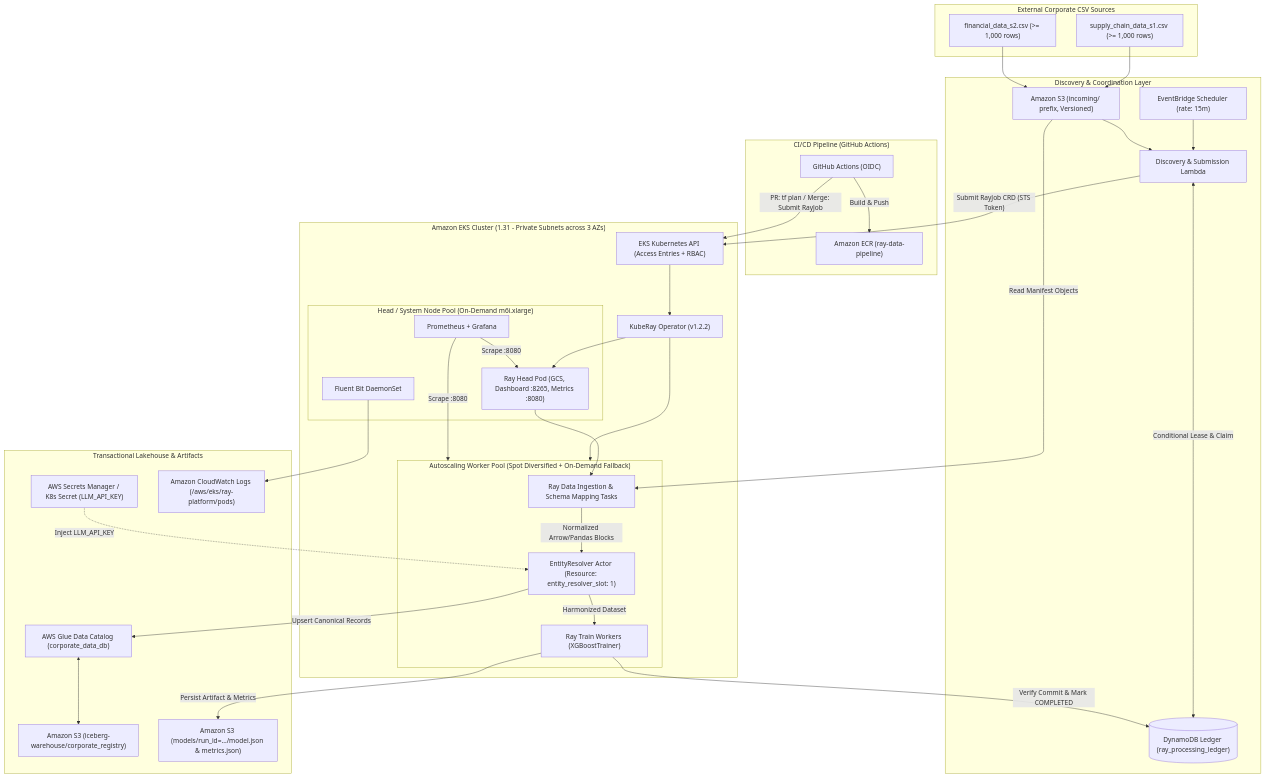
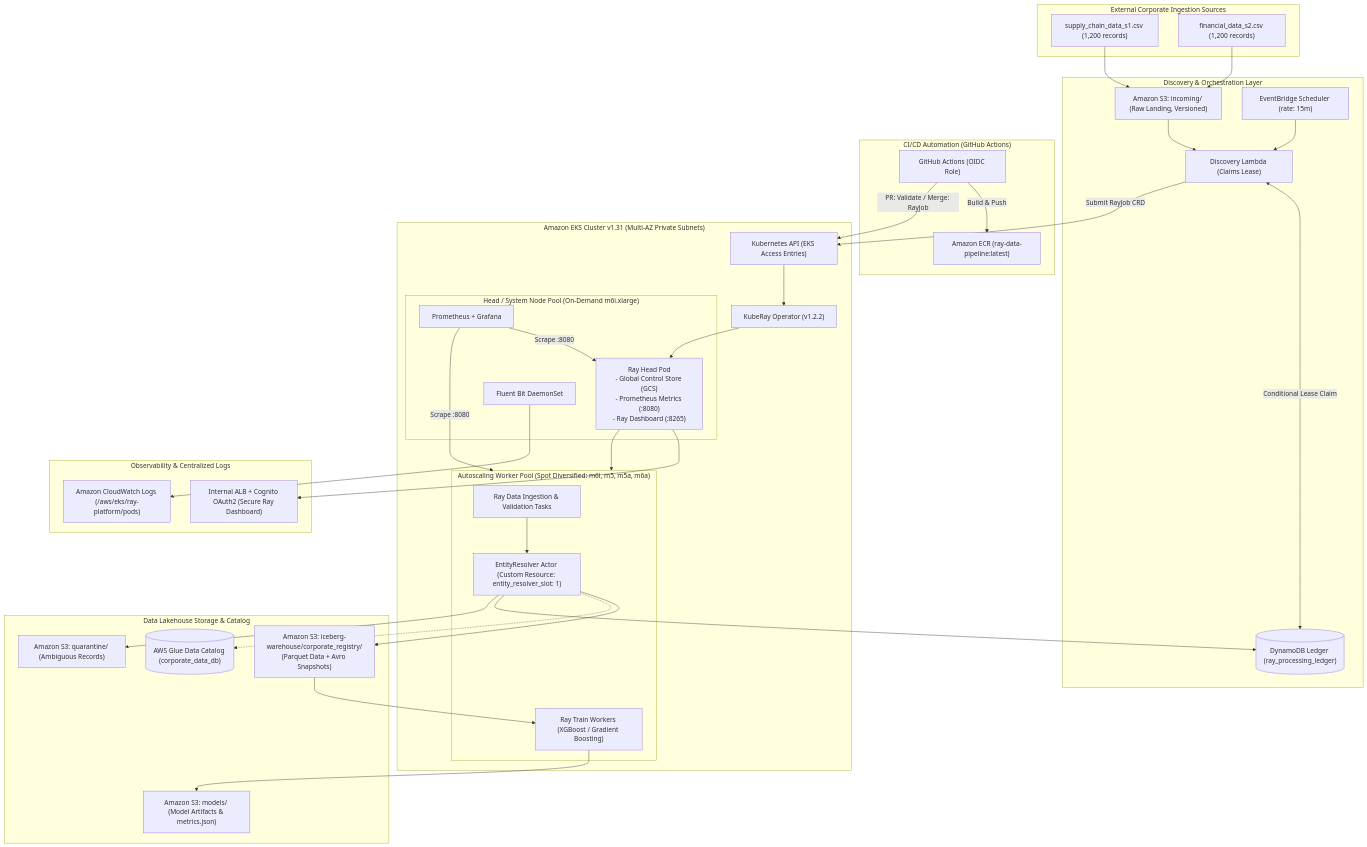
Before and after one commit to jashkv/ray-platform: the first of 3 diagrams in docs/architature.md, drawn with Mermaid. The commit also changed other lines of this file and 3 other files, not shown here.

First line of the commit message:
docs: merge docs/architature.md and ray-ai-platform/ARCHITECTURE.md into docs/architecture.md

````diff
--- a/docs/architature.md
+++ b/docs/architature.md
@@ -42,68 +49,71 @@
 ```mermaid
 flowchart TD
-    subgraph Sources["External Corporate CSV Sources"]
-        S1["supply_chain_data_s1.csv (>= 1,000 rows)"]
-        S2["financial_data_s2.csv (>= 1,000 rows)"]
+    subgraph Sources["External Corporate Ingestion Sources"]
+        S1["supply_chain_data_s1.csv (1,200 records)"]
+        S2["financial_data_s2.csv (1,200 records)"]
     end
 
-    subgraph Orchestration["Discovery & Coordination Layer"]
-        S3_IN["Amazon S3 (incoming/ prefix, Versioned)"]
+    subgraph Orchestration["Discovery & Orchestration Layer"]
+        S3_IN["Amazon S3: incoming/ (Raw Landing, Versioned)"]
         EB["EventBridge Scheduler (rate: 15m)"]
-        LAMBDA["Discovery & Submission Lambda"]
+        LAMBDA["Discovery Lambda (Claims Lease)"]
         DDB[("DynamoDB Ledger (ray_processing_ledger)")]
     end
 
-    subgraph CICD["CI/CD Pipeline (GitHub Actions)"]
-        GHA["GitHub Actions (OIDC)"]
-        ECR["Amazon ECR (ray-data-pipeline)"]
+    subgraph CICD["CI/CD Automation (GitHub Actions)"]
+        GHA["GitHub Actions (OIDC Role)"]
+        ECR["Amazon ECR (ray-data-pipeline:latest)"]
     end
 
-    subgraph EKS["Amazon EKS Cluster (1.31 - Private Subnets across 3 AZs)"]
-        KAPI["EKS Kubernetes API (Access Entries + RBAC)"]
+    subgraph EKS["Amazon EKS Cluster v1.31 (Multi-AZ Private Subnets)"]
+        KAPI["Kubernetes API (EKS Access Entries)"]
         KUBERAY["KubeRay Operator (v1.2.2)"]
 
         subgraph HeadPool["Head / System Node Pool (On-Demand m6i.xlarge)"]
-            RAYHEAD["Ray Head Pod (GCS, Dashboard :8265, Metrics :8080)"]
+            RAYHEAD["Ray Head Pod\n- Global Control Store (GCS)\n- Prometheus Metrics (:8080)\n- Ray Dashboard (:8265)"]
             PROM["Prometheus + Grafana"]
             FLUENT["Fluent Bit DaemonSet"]
         end
 
-        subgraph WorkerPool["Autoscaling Worker Pool (Spot Diversified + On-Demand Fallback)"]
-            INGEST["Ray Data Ingestion & Schema Mapping Tasks"]
-            RESOLVER["EntityResolver Actor (Resource: entity_resolver_slot: 1)"]
-            TRAIN["Ray Train Workers (XGBoostTrainer)"]
+        subgraph WorkerPool["Autoscaling Worker Pool (Spot Diversified: m6i, m5, m5a, m6a)"]
+            INGEST["Ray Data Ingestion & Validation Tasks"]
+            RESOLVER["EntityResolver Actor (Custom Resource: entity_resolver_slot: 1)"]
+            TRAIN["Ray Train Workers (XGBoost / Gradient Boosting)"]
         end
     end
 
-    subgraph StorageAndCatalog["Transactional Lakehouse & Artifacts"]
-        SECRETS["AWS Secrets Manager / K8s Secret (LLM_API_KEY)"]
-        GLUE["AWS Glue Data Catalog (corporate_data_db)"]
-        S3_ICE["Amazon S3 (iceberg-warehouse/corporate_registry)"]
-        S3_MOD["Amazon S3 (models/run_id=.../model.json & metrics.json)"]
+    subgraph StorageLayer["Data Lakehouse Storage & Catalog"]
+        GLUE[("AWS Glue Data Catalog (corporate_data_db)")]
+        S3_WH["Amazon S3: iceberg-warehouse/corporate_registry/\n(Parquet Data + Avro Snapshots)"]
+        S3_QUAR["Amazon S3: quarantine/ (Ambiguous Records)"]
+        S3_MOD["Amazon S3: models/ (Model Artifacts & metrics.json)"]
+    end
+
+    subgraph Observability["Observability & Centralized Logs"]
         CW["Amazon CloudWatch Logs (/aws/eks/ray-platform/pods)"]
+        ALB["Internal ALB + Cognito OAuth2 (Secure Ray Dashboard)"]
     end
 
     S1 --> S3_IN
     S2 --> S3_IN
     EB --> LAMBDA
     S3_IN --> LAMBDA
-    LAMBDA <-->|"Conditional Lease & Claim"| DDB
-    LAMBDA -->|"Submit RayJob CRD (STS Token)"| KAPI
+    LAMBDA <-->|"Conditional Lease Claim"| DDB
+    LAMBDA -->|"Submit RayJob CRD"| KAPI
     GHA -->|"Build & Push"| ECR
-    GHA -->|"PR: tf plan / Merge: Submit RayJob"| KAPI
+    GHA -->|"PR: Validate / Merge: RayJob"| KAPI
     KAPI --> KUBERAY
     KUBERAY --> RAYHEAD
-    KUBERAY --> WorkerPool
-    RAYHEAD --> INGEST
-    S3_IN -->|"Read Manifest Objects"| INGEST
-    INGEST -->|"Normalized Arrow/Pandas Blocks"| RESOLVER
-    SECRETS -.->|"Inject LLM_API_KEY"| RESOLVER
-    RESOLVER -->|"Upsert Canonical Records"| GLUE
-    GLUE <--> S3_ICE
-    RESOLVER -->|"Harmonized Dataset"| TRAIN
-    TRAIN -->|"Persist Artifact & Metrics"| S3_MOD
-    TRAIN -->|"Verify Commit & Mark COMPLETED"| DDB
+    RAYHEAD --> WorkerPool
+    INGEST --> RESOLVER
+    RESOLVER --> S3_WH
+    RESOLVER -.-> GLUE
+    RESOLVER --> DDB
+    RESOLVER --> S3_QUAR
+    S3_WH --> TRAIN
+    TRAIN --> S3_MOD
     FLUENT --> CW
     PROM -->|"Scrape :8080"| RAYHEAD
     PROM -->|"Scrape :8080"| WorkerPool
+    RAYHEAD --> ALB
 ```
````
